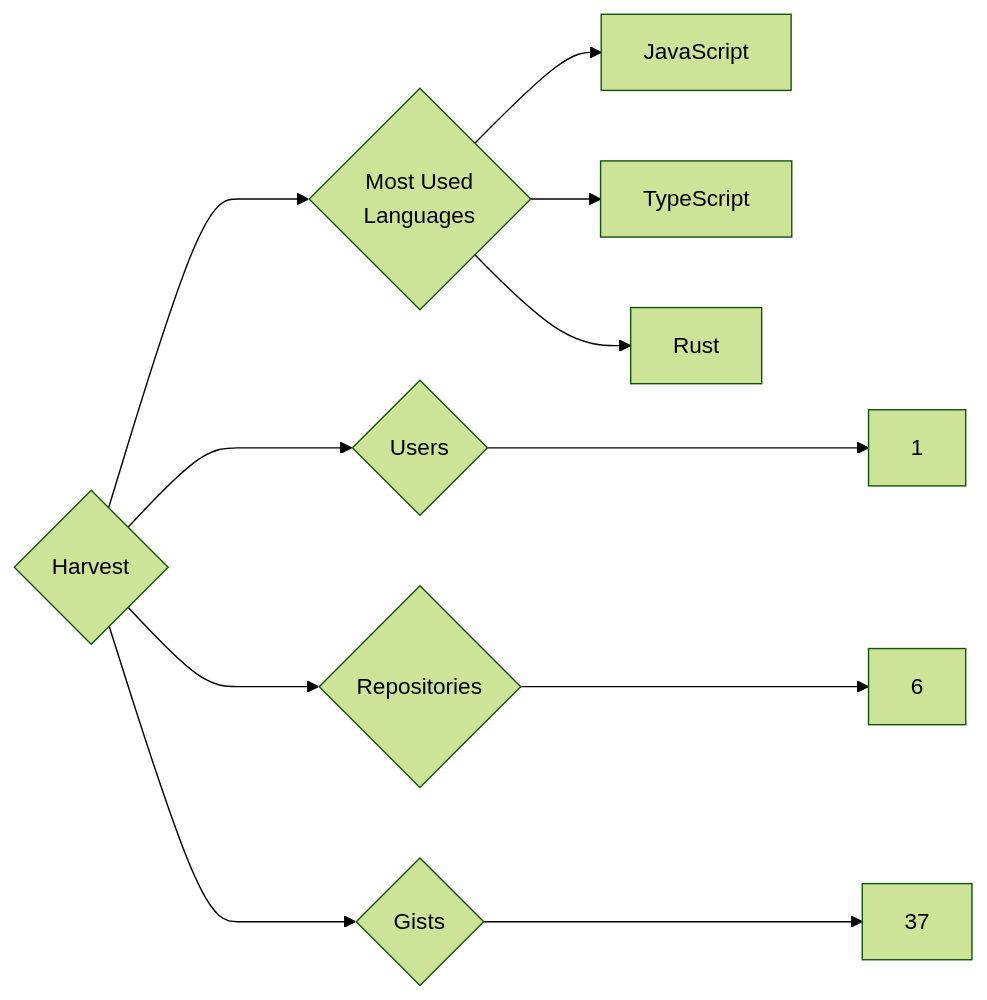
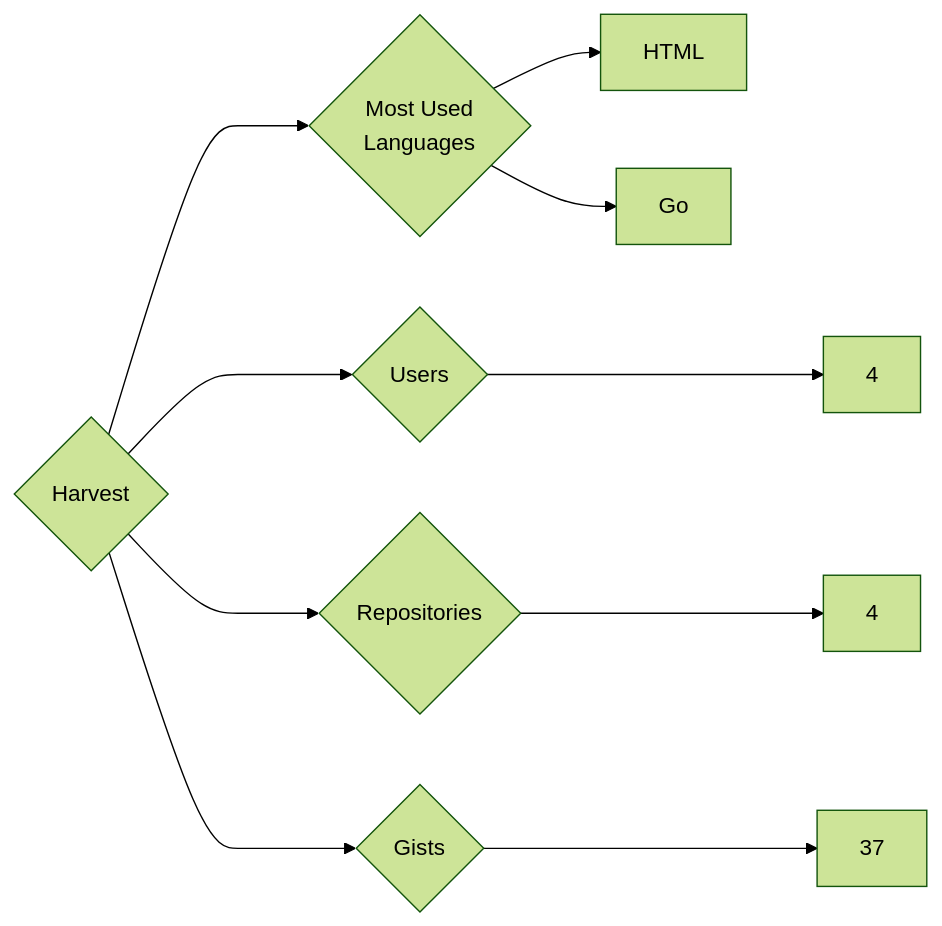
The diagram in targets/Harvest/README.md (trickest/insiders), drawn with Mermaid (forest theme) before and after one commit. The commit also changed 873 other files, not shown here.

````diff
--- a/targets/Harvest/README.md
+++ b/targets/Harvest/README.md
@@ -3,11 +3,10 @@
 ```mermaid
 graph LR
 COMPANY_NAME{Harvest}
-COMPANY_NAME ---> U{Users} ---> UN[1]
-COMPANY_NAME ---> R{Repositories} ---> RN[6]
+COMPANY_NAME ---> U{Users} ---> UN[4]
+COMPANY_NAME ---> R{Repositories} ---> RN[4]
 COMPANY_NAME ---> G{Gists} ---> GN[37]
 COMPANY_NAME ---> ML{Most Used<br>Languages}
-ML --> JavaScript[JavaScript]
-ML --> TypeScript[TypeScript]
-ML --> Rust[Rust]
+ML --> HTML[HTML]
+ML --> Go[Go]
 ```
````
